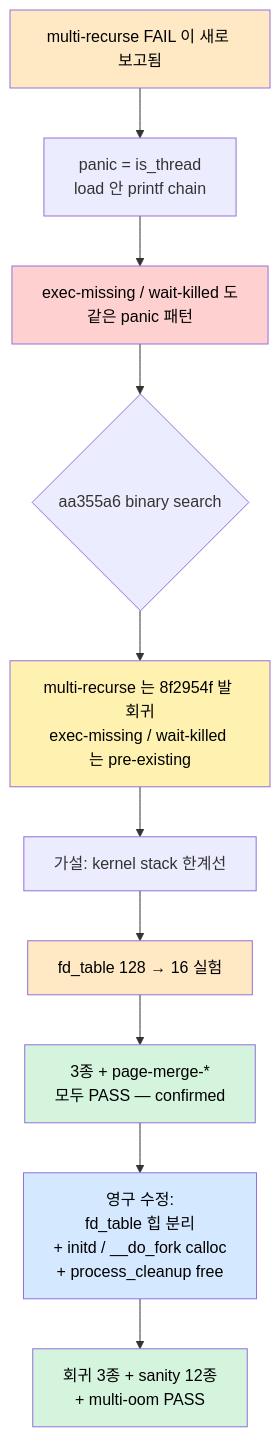
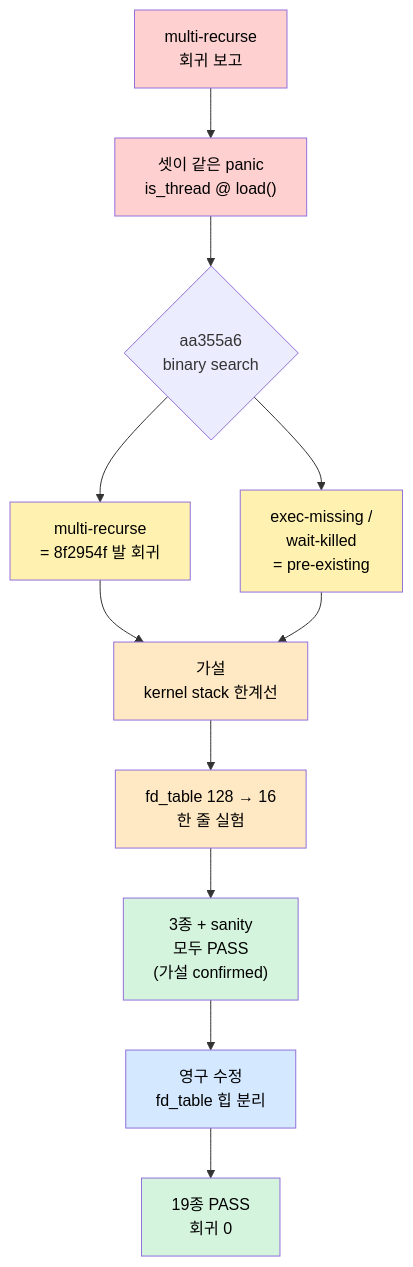
One commit to JYPark-Code/SW-AI-W1112-Pintos changed the first of 3 diagrams in TIL/07_project3_fd_table_stack_overflow_til.md. Above: the diagram before and after it, drawn with Mermaid.

Commit message:
docs(TIL): 07 첫 도표 라벨 단축 — 노드 텍스트 잘림 방지
- 긴 단일 라벨 4개를 짧은 키워드로 끊고 <br/> 줄바꿈 추가
- "multi-recurse vs pre-existing" 분기를 한 노드(긴 텍스트)에서
  두 노드로 분리해 가독성 회복
- 클래스 이름도 의미 기반(warn/note/idea/test/ok/fix)으로 정리

````diff
--- a/TIL/07_project3_fd_table_stack_overflow_til.md
+++ b/TIL/07_project3_fd_table_stack_overflow_til.md
@@ -16,17 +16,20 @@
 ```mermaid
 flowchart TB
-    A[multi-recurse FAIL 이 새로 보고됨]:::a --> B[panic = is_thread<br/>load 안 printf chain]
-    B --> C[exec-missing / wait-killed 도<br/>같은 panic 패턴]:::b
-    C --> D{aa355a6 binary search}
-    D --> E[multi-recurse 는 8f2954f 발 회귀<br/>exec-missing / wait-killed 는 pre-existing]:::c
-    E --> F[가설: kernel stack 한계선]
-    F --> G[fd_table 128 → 16 실험]:::a
-    G --> H[3종 + page-merge-*<br/>모두 PASS — confirmed]:::d
-    H --> I[영구 수정:<br/>fd_table 힙 분리<br/>+ initd / __do_fork calloc<br/>+ process_cleanup free]:::e
-    I --> J[회귀 3종 + sanity 12종<br/>+ multi-oom PASS]:::d
-    classDef a fill:#ffe9c4,color:#000
-    classDef b fill:#ffd0d0,color:#000
-    classDef c fill:#fff2b0,color:#000
-    classDef d fill:#d4f4dd,color:#000
-    classDef e fill:#d4e8ff,color:#000
+    A["multi-recurse<br/>회귀 보고"]:::warn
+    A --> B["셋이 같은 panic<br/>is_thread @ load()"]:::warn
+    B --> C{"aa355a6<br/>binary search"}
+    C --> D["multi-recurse<br/>= 8f2954f 발 회귀"]:::note
+    C --> E["exec-missing /<br/>wait-killed<br/>= pre-existing"]:::note
+    D --> F["가설<br/>kernel stack 한계선"]:::idea
+    E --> F
+    F --> G["fd_table 128 → 16<br/>한 줄 실험"]:::test
+    G --> H["3종 + sanity<br/>모두 PASS<br/>(가설 confirmed)"]:::ok
+    H --> I["영구 수정<br/>fd_table 힙 분리"]:::fix
+    I --> J["19종 PASS<br/>회귀 0"]:::ok
+    classDef warn fill:#ffd0d0,color:#000
+    classDef note fill:#fff2b0,color:#000
+    classDef idea fill:#ffe9c4,color:#000
+    classDef test fill:#ffe9c4,color:#000
+    classDef ok fill:#d4f4dd,color:#000
+    classDef fix fill:#d4e8ff,color:#000
 ```
````
